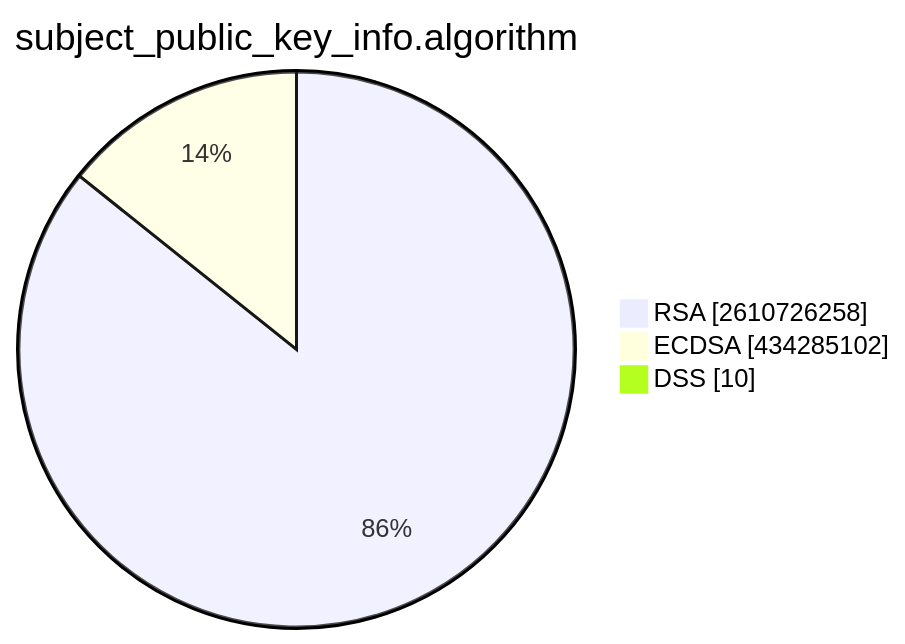
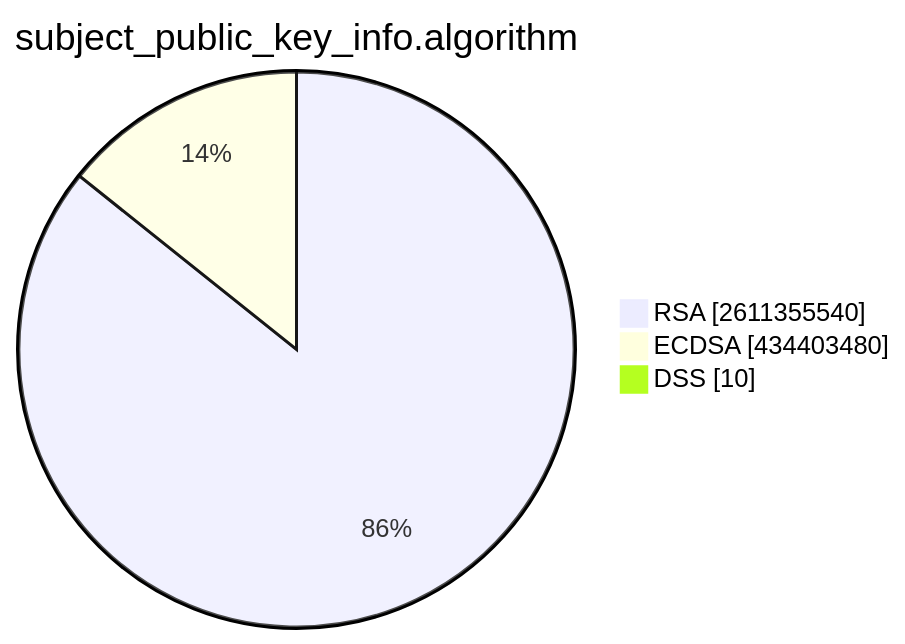
The second of 15 diagrams in TOTAL/README.md (christiankrug/ctmonitor_visualization), drawn with Mermaid before and after one commit. The commit also changed other lines of this file, not shown here.

````diff
--- a/TOTAL/README.md
+++ b/TOTAL/README.md
@@ -6,7 +6,7 @@
 ```mermaid
 pie showData
 title subject_public_key_info.algorithm
-"RSA" :2610726258
-"ECDSA" :434285102
+"RSA" :2611355540
+"ECDSA" :434403480
 "DSS" :10
 ```
````
